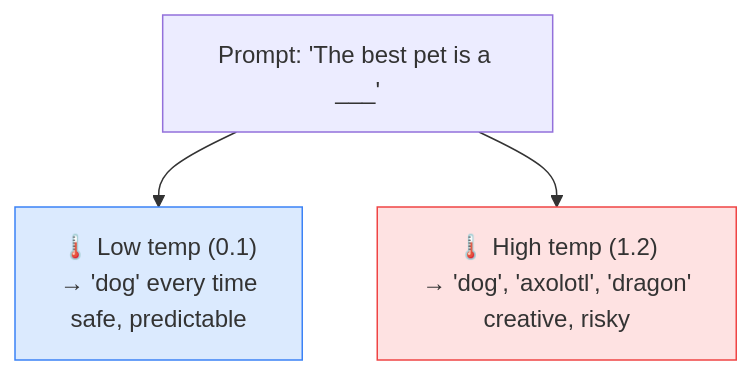
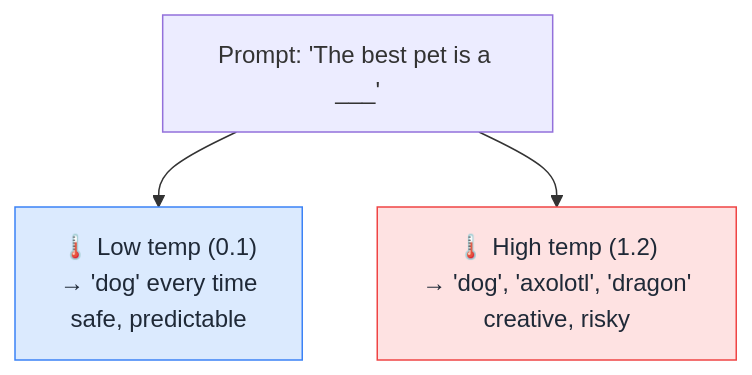
The diagram in concepts/temperature.md (behnia137/ai-for-beginners-visual), drawn with Mermaid before and after one commit. The commit also changed 32 other files, not shown here.

First line of the commit message:
Fix mermaid box text contrast for dark/light mode

````diff
--- a/concepts/temperature.md
+++ b/concepts/temperature.md
@@ -7,8 +7,8 @@
 ```mermaid
 flowchart TB
     P["Prompt: 'The best pet is a ___'"]
     P --> L["🌡️ Low temp (0.1)<br/>→ 'dog' every time<br/>safe, predictable"]
     P --> H["🌡️ High temp (1.2)<br/>→ 'dog', 'axolotl', 'dragon'<br/>creative, risky"]
-    style L fill:#dbeafe,stroke:#3b82f6
-    style H fill:#fee2e2,stroke:#ef4444
+    style L fill:#dbeafe,stroke:#3b82f6,color:#1f2937
+    style H fill:#fee2e2,stroke:#ef4444,color:#1f2937
 ```
````
